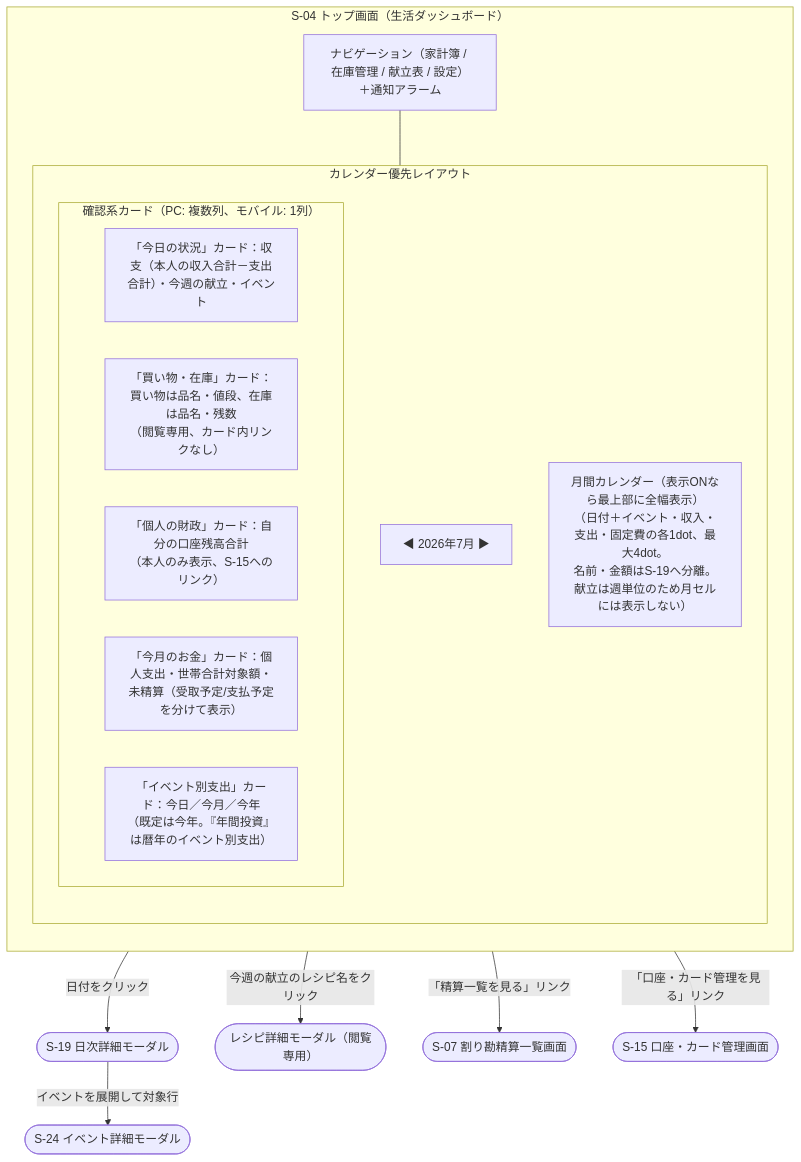
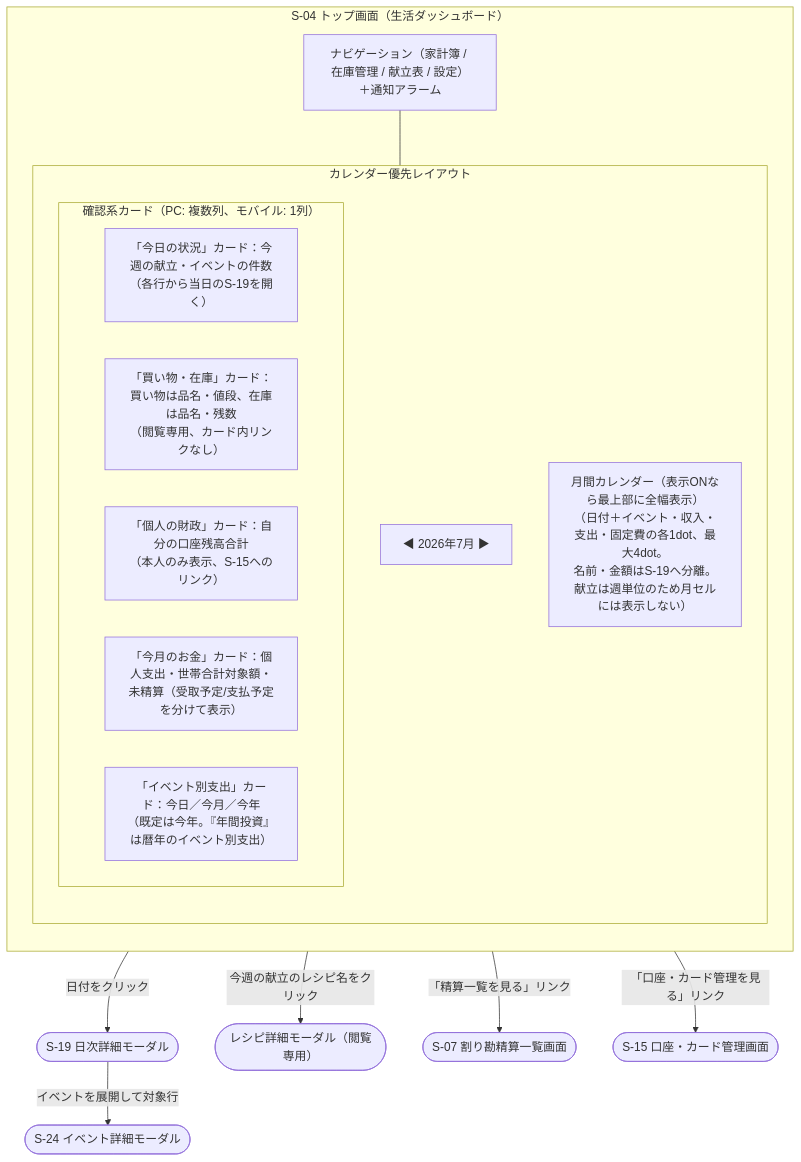
One commit to yamamotonaoki3/HomeLog changed the fourth of 15 diagrams in docs/details/wireframes.md. Above: the diagram before and after it, drawn with Mermaid. The commit also changed other lines of this file and 38 other files, not shown here.

````diff
--- a/docs/details/wireframes.md
+++ b/docs/details/wireframes.md
@@ -184,26 +192,26 @@
 ```mermaid
 flowchart TD
     subgraph Screen["S-04 トップ画面（生活ダッシュボード）"]
         direction TB
         Nav["ナビゲーション（家計簿 / 在庫管理 / 献立表 / 設定）＋通知アラーム"]
         subgraph Layout["カレンダー優先レイアウト"]
             direction TB
             Header["◀ 2026年7月 ▶"]
             Calendar["月間カレンダー（表示ONなら最上部に全幅表示）\n（日付＋イベント・収入・支出・固定費の各1dot、最大4dot。\n名前・金額はS-19へ分離。献立は週単位のため月セルには表示しない）"]
             subgraph SummaryCards["確認系カード（PC: 複数列、モバイル: 1列）"]
                 direction LR
-                Today["「今日の状況」カード：収支（本人の収入合計－支出合計）・今週の献立・イベント"]
+                Today["「今日の状況」カード：今週の献立・イベントの件数（各行から当日のS-19を開く）"]
                 Stock["「買い物・在庫」カード：買い物は品名・値段、在庫は品名・残数\n（閲覧専用、カード内リンクなし）"]
                 Finance["「個人の財政」カード：自分の口座残高合計\n（本人のみ表示、S-15へのリンク）"]
                 Money["「今月のお金」カード：個人支出・世帯合計対象額・\n未精算（受取予定/支払予定を分けて表示）"]
                 EventExpenses["「イベント別支出」カード：今日／今月／今年\n（既定は今年。『年間投資』は暦年のイベント別支出）"]
             end
         end
     end
     Nav --- Layout
     Calendar -- 日付をクリック --> DayModal(["S-19 日次詳細モーダル"])
     DayModal -- イベントを展開して対象行 --> EventModal(["S-24 イベント詳細モーダル"])
     Today -- 今週の献立のレシピ名をクリック --> RecipeModal(["レシピ詳細モーダル（閲覧専用）"])
     Money -- 「精算一覧を見る」リンク --> S07(["S-07 割り勘精算一覧画面"])
     Finance -- 「口座・カード管理を見る」リンク --> S15(["S-15 口座・カード管理画面"])
 ```
````
